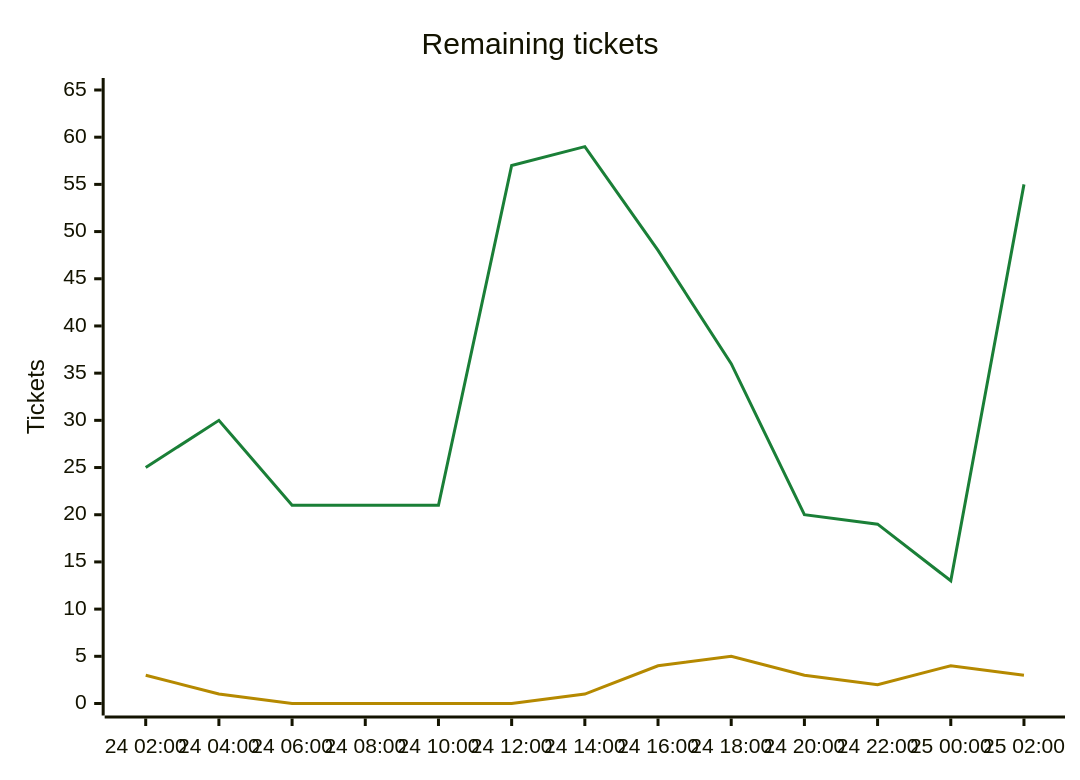
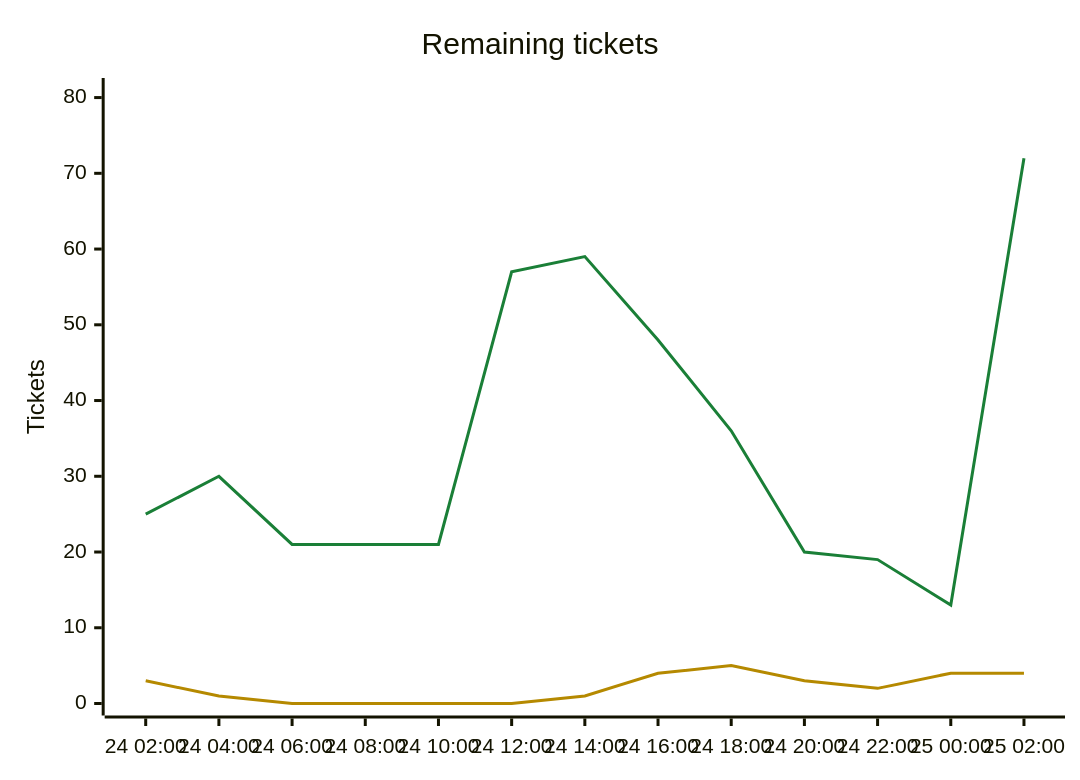
One commit to Kenmura/Unciv changed the second of 2 diagrams in csharp/migration/DEPENDENCY_MAP.md. Above: the diagram before and after it, drawn with Mermaid. The commit also changed other lines of this file and 2 other files, not shown here.

First line of the commit message:
migration: command/turn-flow/query design and tickets [Claude]

````diff
--- a/csharp/migration/DEPENDENCY_MAP.md
+++ b/csharp/migration/DEPENDENCY_MAP.md
@@ -371,9 +499,9 @@
 ```mermaid
 %%{init: {"themeVariables": {"xyChart": {"plotColorPalette": "#1a7f37, #b58900"}}}}%%
 xychart-beta
     title "Remaining tickets"
     x-axis ["24 02:00", "24 04:00", "24 06:00", "24 08:00", "24 10:00", "24 12:00", "24 14:00", "24 16:00", "24 18:00", "24 20:00", "24 22:00", "25 00:00", "25 02:00"]
-    y-axis "Tickets" 0 --> 65
-    line [25, 30, 21, 21, 21, 57, 59, 48, 36, 20, 19, 13, 55]
-    line [3, 1, 0, 0, 0, 0, 1, 4, 5, 3, 2, 4, 3]
+    y-axis "Tickets" 0 --> 81
+    line [25, 30, 21, 21, 21, 57, 59, 48, 36, 20, 19, 13, 72]
+    line [3, 1, 0, 0, 0, 0, 1, 4, 5, 3, 2, 4, 4]
 ```
````
